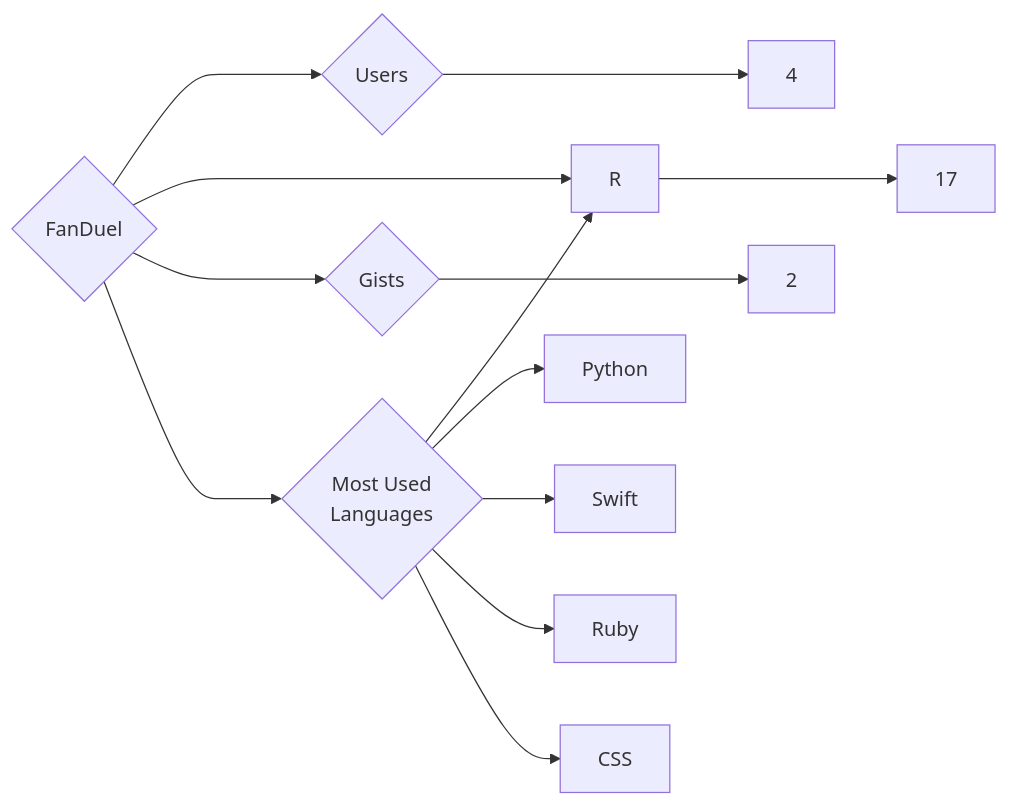
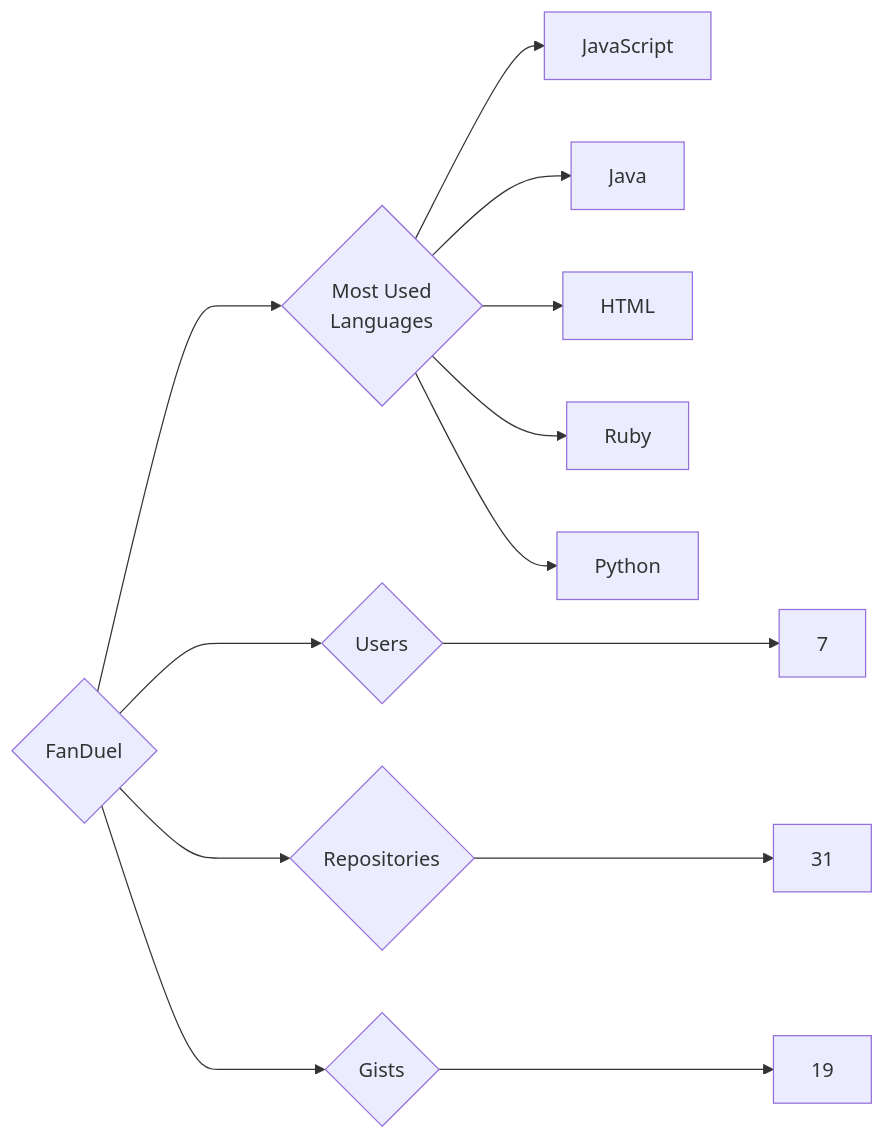
One commit to trickest/insiders changed the diagram in targets/FanDuel/README.md. Above: the diagram before and after it, drawn with Mermaid. The commit also changed 880 other files, not shown here.

````diff
--- a/targets/FanDuel/README.md
+++ b/targets/FanDuel/README.md
@@ -3,13 +3,13 @@
 ```mermaid
 graph LR
 COMPANY_NAME{FanDuel}
-COMPANY_NAME ---> U{Users} ---> UN[4]
-COMPANY_NAME ---> R{Repositories} ---> RN[17]
-COMPANY_NAME ---> G{Gists} ---> GN[2]
+COMPANY_NAME ---> U{Users} ---> UN[7]
+COMPANY_NAME ---> R{Repositories} ---> RN[31]
+COMPANY_NAME ---> G{Gists} ---> GN[19]
 COMPANY_NAME ---> ML{Most Used<br>Languages}
-ML --> R[R]
+ML --> JavaScript[JavaScript]
+ML --> Java[Java]
+ML --> HTML[HTML]
+ML --> Ruby[Ruby]
 ML --> Python[Python]
-ML --> Swift[Swift]
-ML --> Ruby[Ruby]
-ML --> CSS[CSS]
 ```
````
